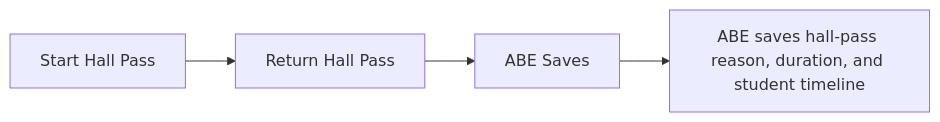
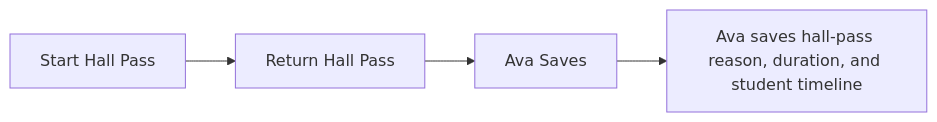
Before and after one commit to gonzalj3/hallPassAttendanceOfficer: the third of 5 diagrams in README.md, drawn with Mermaid. The commit also changed other lines of this file and 6 other files, not shown here.

````diff
--- a/README.md
+++ b/README.md
@@ -41,5 +41,5 @@
 ```mermaid
 flowchart LR
-  A["Start Hall Pass"] --> B["Return Hall Pass"] --> C["ABE Saves"]
-  C --> D["ABE saves hall-pass reason, duration, and student timeline"]
+  A["Start Hall Pass"] --> B["Return Hall Pass"] --> C["Ava Saves"]
+  C --> D["Ava saves hall-pass reason, duration, and student timeline"]
 ```
````
